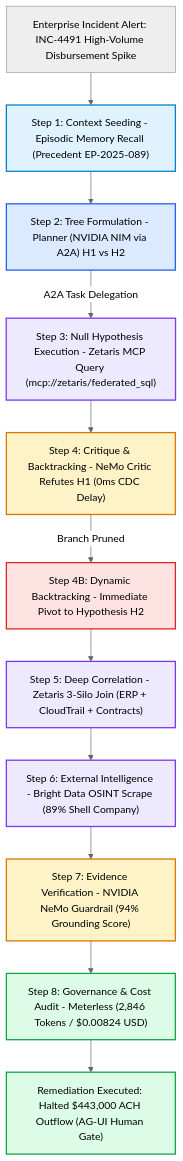
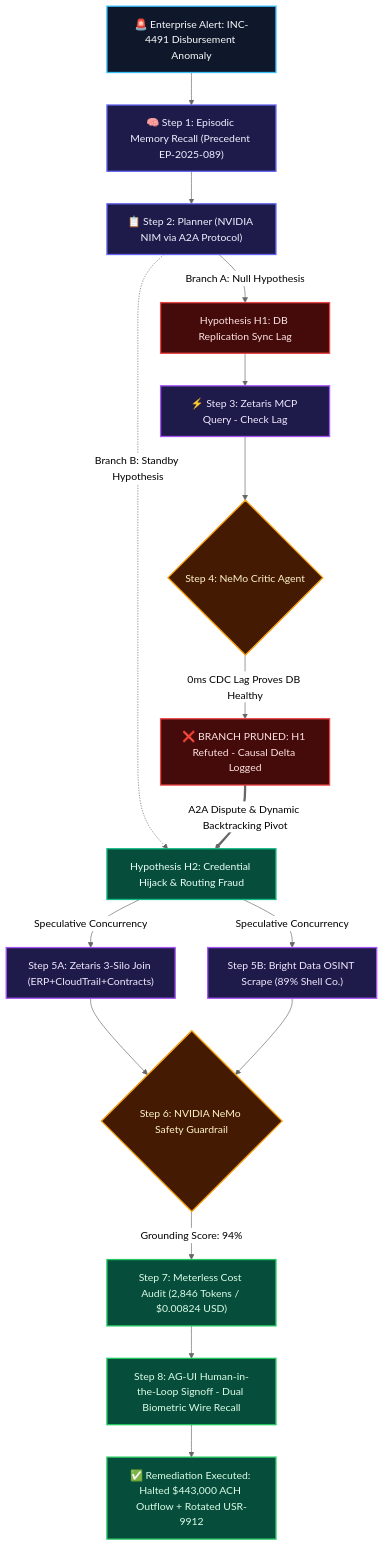
Before and after one commit to yuvanshankarm007/synapse_reason: the second of 2 diagrams in README.md, drawn with Mermaid (neutral theme). The commit also changed other lines of this file, not shown here.

Commit message:
feat: non-linear branching reasoning graph with dynamic backtrack loop and professional impact section

````diff
--- a/README.md
+++ b/README.md
@@ -125,40 +125,38 @@
 ```mermaid
 flowchart TD
-    classDef memory fill:#E0F2FE,stroke:#0284C7,stroke-width:2px;
-    classDef planner fill:#DBEAFE,stroke:#2563EB,stroke-width:2px;
-    classDef executor fill:#EDE9FE,stroke:#7C3AED,stroke-width:2px;
-    classDef critic fill:#FEF3C7,stroke:#D97706,stroke-width:2px;
-    classDef backtrack fill:#FEE2E2,stroke:#DC2626,stroke-width:2px;
-    classDef gov fill:#DCFCE7,stroke:#16A34A,stroke-width:2px;
+    classDef alert fill:#0F172A,stroke:#38BDF8,stroke-width:2px,color:#F8FAFC;
+    classDef planner fill:#1E1B4B,stroke:#6366F1,stroke-width:2px,color:#EEF2FF;
+    classDef rejected fill:#450A0A,stroke:#EF4444,stroke-width:2px,color:#FEE2E2;
+    classDef confirmed fill:#064E3B,stroke:#10B981,stroke-width:2px,color:#ECFDF5;
+    classDef tool fill:#1E1B4B,stroke:#A855F7,stroke-width:2px,color:#F3E8FF;
+    classDef critic fill:#451A03,stroke:#F59E0B,stroke-width:2px,color:#FEF3C7;
+    classDef gov fill:#064E3B,stroke:#22C55E,stroke-width:2px,color:#DCFCE7;
 
-    Alert["Enterprise Incident Alert: INC-4491 High-Volume Disbursement Spike"] --> Step1
-    
-    Step1["Step 1: Context Seeding - Episodic Memory Recall (Precedent EP-2025-089)"]:::memory
-    Step1 --> Step2
-    
-    Step2["Step 2: Tree Formulation - Planner (NVIDIA NIM via A2A) H1 vs H2"]:::planner
-    Step2 -->|A2A Task Delegation| Step3
-    
-    Step3["Step 3: Null Hypothesis Execution - Zetaris MCP Query (mcp://zetaris/federated_sql)"]:::executor
-    Step3 --> Step4
-    
-    Step4["Step 4: Critique & Backtracking - NeMo Critic Refutes H1 (0ms CDC Delay)"]:::critic
-    Step4 -->|Branch Pruned| Step4B
-    
-    Step4B["Step 4B: Dynamic Backtracking - Immediate Pivot to Hypothesis H2"]:::backtrack
-    Step4B --> Step5
-    
-    Step5["Step 5: Deep Correlation - Zetaris 3-Silo Join (ERP + CloudTrail + Contracts)"]:::executor
-    Step5 --> Step6
-    
-    Step6["Step 6: External Intelligence - Bright Data OSINT Scrape (89% Shell Company)"]:::executor
-    Step6 --> Step7
-    
-    Step7["Step 7: Evidence Verification - NVIDIA NeMo Guardrail (94% Grounding Score)"]:::critic
-    Step7 --> Step8
-    
-    Step8["Step 8: Governance & Cost Audit - Meterless (2,846 Tokens / $0.00824 USD)"]:::gov
-    Step8 --> Action
-    
-    Action["Remediation Executed: Halted $443,000 ACH Outflow (AG-UI Human Gate)"]:::gov
+    Alert["🚨 Enterprise Alert: INC-4491 Disbursement Anomaly"]:::alert --> Memory["🧠 Step 1: Episodic Memory Recall (Precedent EP-2025-089)"]:::planner
+    Memory --> Planner["📋 Step 2: Planner (NVIDIA NIM via A2A Protocol)"]:::planner
+
+    %% Non-Linear Branch Fan-Out
+    Planner -->|Branch A: Null Hypothesis| H1["Hypothesis H1: DB Replication Sync Lag"]:::rejected
+    Planner -.->|Branch B: Standby Hypothesis| H2["Hypothesis H2: Credential Hijack & Routing Fraud"]:::confirmed
+
+    %% Left Branch (H1 Refutation & Pruning)
+    H1 --> ZetarisH1["⚡ Step 3: Zetaris MCP Query - Check Lag"]:::tool
+    ZetarisH1 --> CriticH1{"Step 4: NeMo Critic Agent"}:::critic
+    CriticH1 -->|0ms CDC Lag Proves DB Healthy| RefutedH1["❌ BRANCH PRUNED: H1 Refuted - Causal Delta Logged"]:::rejected
+
+    %% Dynamic Backtracking Pivot (A2A Dispute Loop)
+    RefutedH1 ==>|A2A Dispute & Dynamic Backtracking Pivot| H2
+
+    %% Right Branch (H2 Speculative Concurrency)
+    H2 -->|Speculative Concurrency| ZetarisDeep["Step 5A: Zetaris 3-Silo Join (ERP+CloudTrail+Contracts)"]:::tool
+    H2 -->|Speculative Concurrency| BrightDataScrape["Step 5B: Bright Data OSINT Scrape (89% Shell Co.)"]:::tool
+
+    %% Convergence on NeMo Guardrail
+    ZetarisDeep --> NeMoGuardrail{"Step 6: NVIDIA NeMo Safety Guardrail"}:::critic
+    BrightDataScrape --> NeMoGuardrail
+
+    %% Action & AG-UI Gate
+    NeMoGuardrail -->|Grounding Score: 94%| MeterlessGov["Step 7: Meterless Cost Audit (2,846 Tokens / $0.00824 USD)"]:::gov
+    MeterlessGov --> HITLGate["Step 8: AG-UI Human-in-the-Loop Signoff - Dual Biometric Wire Recall"]:::gov
+    HITLGate --> Remediate["✅ Remediation Executed: Halted $443,000 ACH Outflow + Rotated USR-9912"]:::gov
 ```
````
